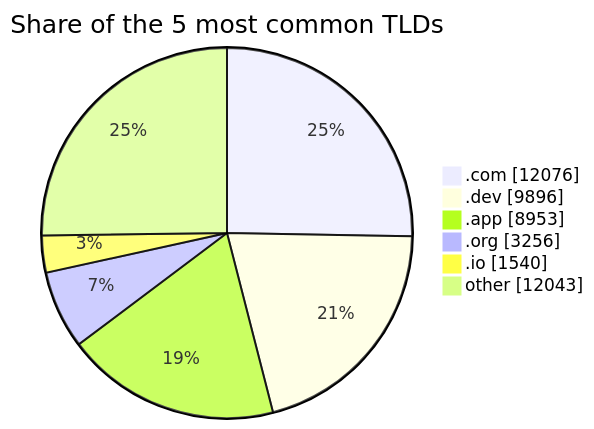
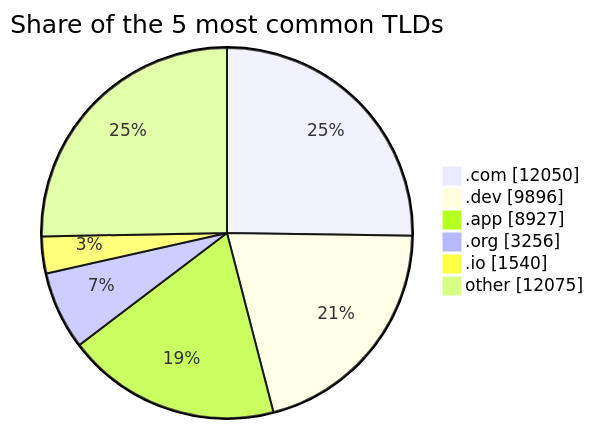
One commit to DNSBunker/CTI changed the third of 3 diagrams in README.md. Above: the diagram before and after it, drawn with Mermaid. The commit also changed other lines of this file and 3 other files, not shown here.

````diff
--- a/README.md
+++ b/README.md
@@ -81,9 +81,9 @@
 ```mermaid
 pie showData title Share of the 5 most common TLDs
-    ".com" : 12076
+    ".com" : 12050
     ".dev" : 9896
-    ".app" : 8953
+    ".app" : 8927
     ".org" : 3256
     ".io" : 1540
-    "other" : 12043
+    "other" : 12075
 ```
````
